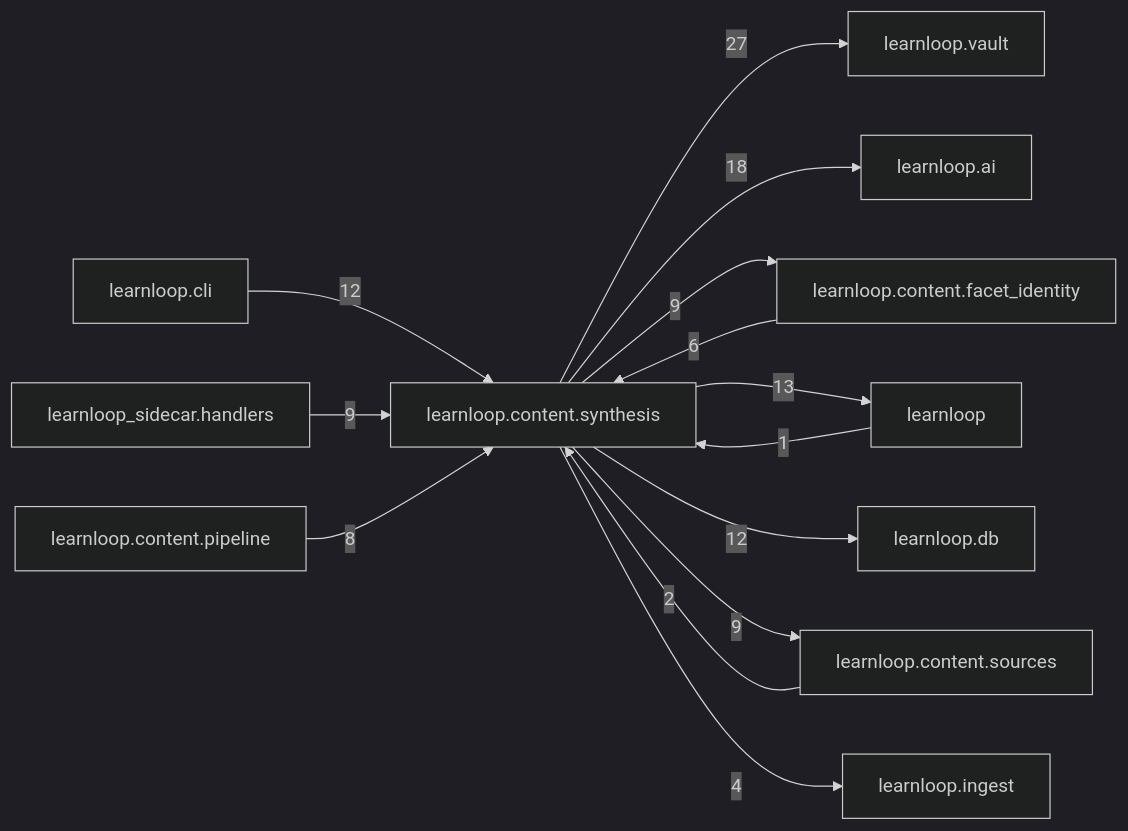
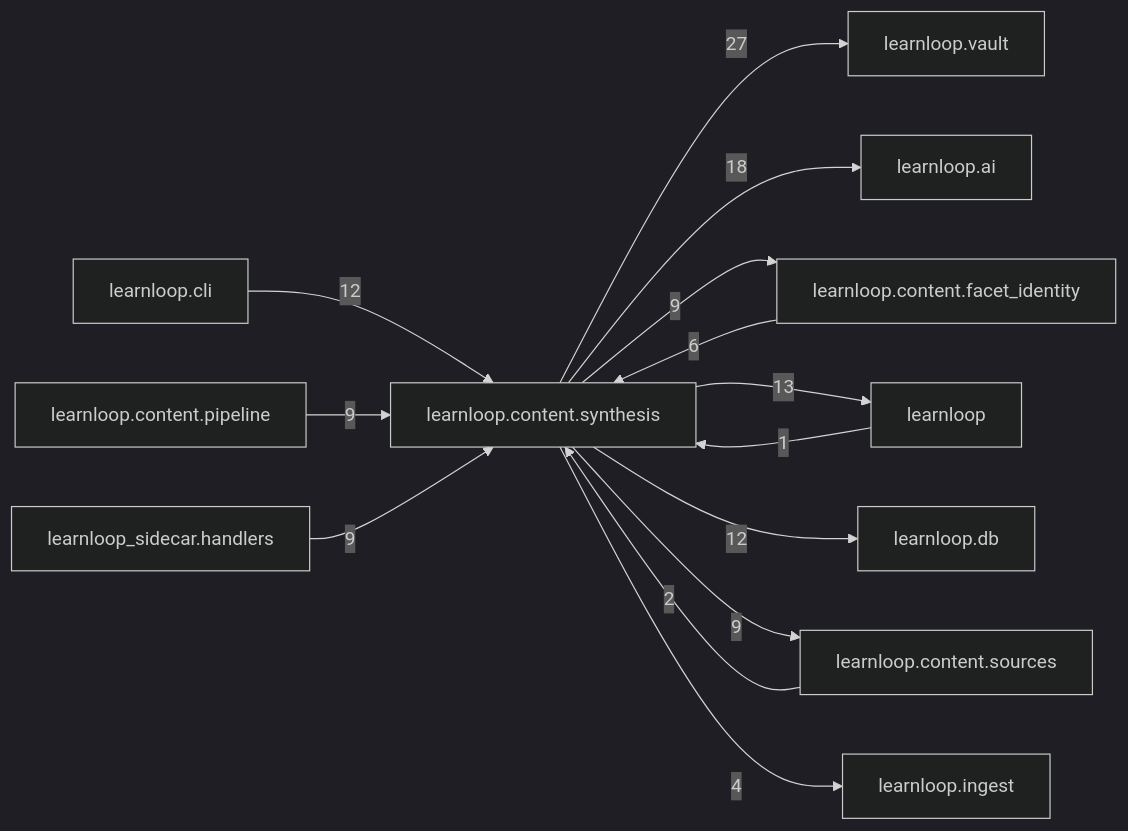
One commit to 6up-b/learnanything changed the diagram in docs/learnloop-architecture-vault/Reference/Modules/learnloop/content/synthesis/_package.md. Above: the diagram before and after it, drawn with Mermaid (dark theme). The commit also changed other lines of this file and 97 other files, not shown here.

````diff
--- a/docs/learnloop-architecture-vault/Reference/Modules/learnloop/content/synthesis/_package.md
+++ b/docs/learnloop-architecture-vault/Reference/Modules/learnloop/content/synthesis/_package.md
@@ -126,27 +126,27 @@
 ```mermaid
 flowchart LR
     center["learnloop.content.synthesis"]
     n_learnloop_vault["learnloop.vault"]
     n_learnloop_ai["learnloop.ai"]
     n_learnloop_content_facet_identity["learnloop.content.facet_identity"]
     n_learnloop["learnloop"]
     n_learnloop_cli["learnloop.cli"]
     n_learnloop_db["learnloop.db"]
     n_learnloop_content_sources["learnloop.content.sources"]
+    n_learnloop_content_pipeline["learnloop.content.pipeline"]
     n_learnloop_sidecar_handlers["learnloop_sidecar.handlers"]
-    n_learnloop_content_pipeline["learnloop.content.pipeline"]
     n_learnloop_ingest["learnloop.ingest"]
     center -->|27| n_learnloop_vault
     center -->|18| n_learnloop_ai
     n_learnloop_content_facet_identity -->|6| center
     center -->|9| n_learnloop_content_facet_identity
     n_learnloop -->|1| center
     center -->|13| n_learnloop
     n_learnloop_cli -->|12| center
     center -->|12| n_learnloop_db
     n_learnloop_content_sources -->|2| center
     center -->|9| n_learnloop_content_sources
+    n_learnloop_content_pipeline -->|9| center
     n_learnloop_sidecar_handlers -->|9| center
-    n_learnloop_content_pipeline -->|8| center
     center -->|4| n_learnloop_ingest
 ```
````
